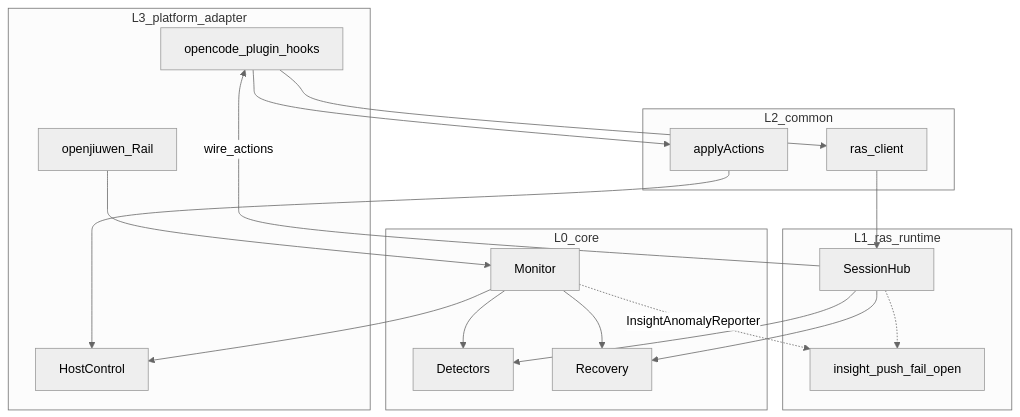
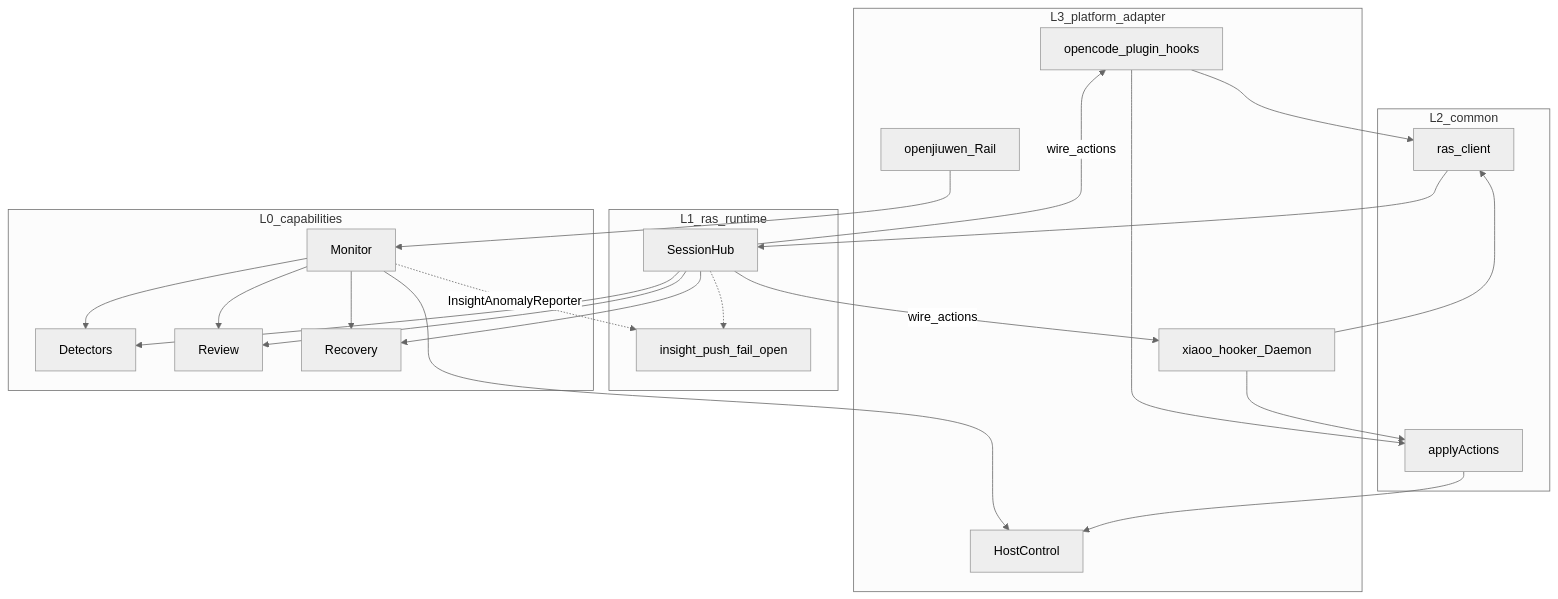
One commit to openeuler-mirror/agent-insight changed the first of 8 diagrams in docs/agent-ras/designs/architecture.md. Above: the diagram before and after it, drawn with Mermaid (neutral theme). The commit also changed other lines of this file and 11 other files, not shown here.

````diff
--- a/docs/agent-ras/designs/architecture.md
+++ b/docs/agent-ras/designs/architecture.md
@@ -30,34 +30,41 @@
 ```mermaid
 flowchart TB
   subgraph L3 [L3_platform_adapter]
     Rail[openjiuwen_Rail]
     Plugin[opencode_plugin_hooks]
+    XO[xiaoo_hooker_Daemon]
     Host[HostControl]
   end
   subgraph L2 [L2_common]
     Client[ras_client]
     Apply[applyActions]
   end
   subgraph L1 [L1_ras_runtime]
     Hub[SessionHub]
     Push[insight_push_fail_open]
   end
-  subgraph L0 [L0_core]
+  subgraph L0 [L0_capabilities]
     Mon[Monitor]
     Det[Detectors]
+    Rev[Review]
     Rec[Recovery]
   end
   Rail --> Mon
   Mon --> Det
+  Mon --> Rev
   Mon --> Rec
   Mon --> Host
   Plugin --> Client
+  XO --> Client
   Client --> Hub
   Hub --> Det
+  Hub --> Rev
   Hub --> Rec
   Hub -->|wire_actions| Plugin
+  Hub -->|wire_actions| XO
   Plugin --> Apply
+  XO --> Apply
   Apply --> Host
   Hub -.-> Push
   Mon -.->|"InsightAnomalyReporter"| Push
 ```
````
